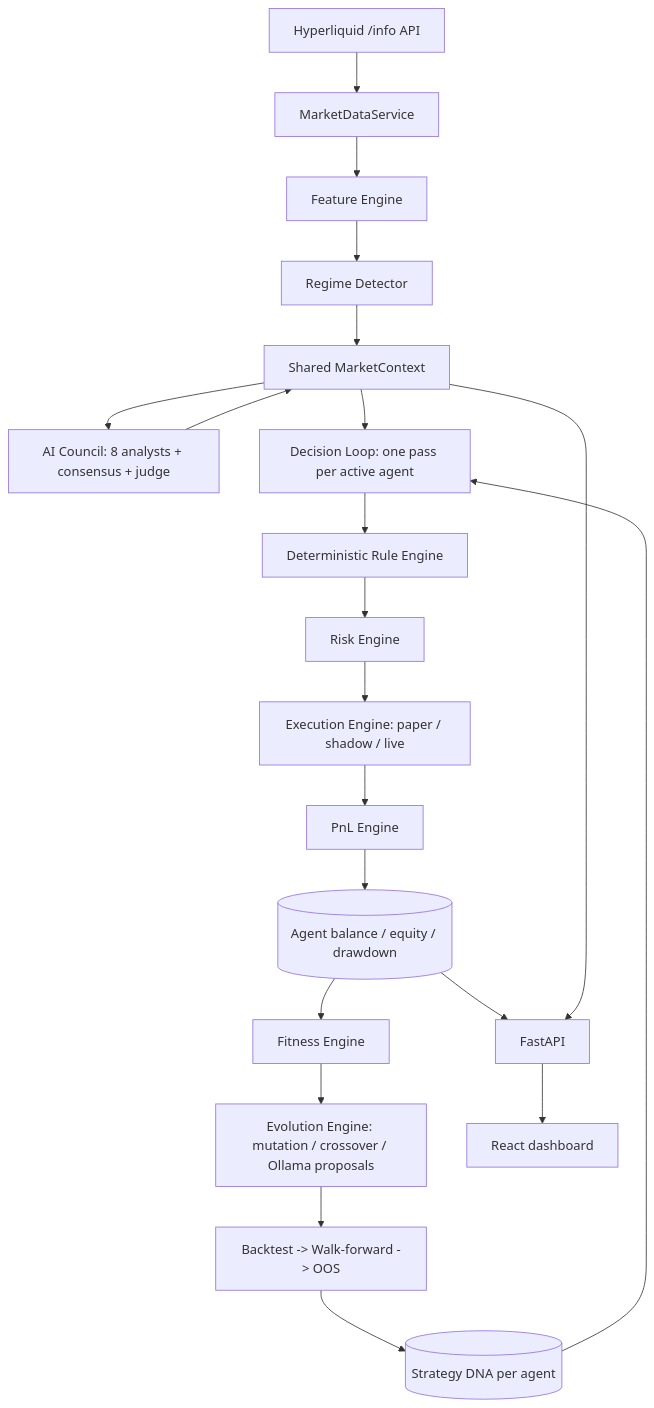
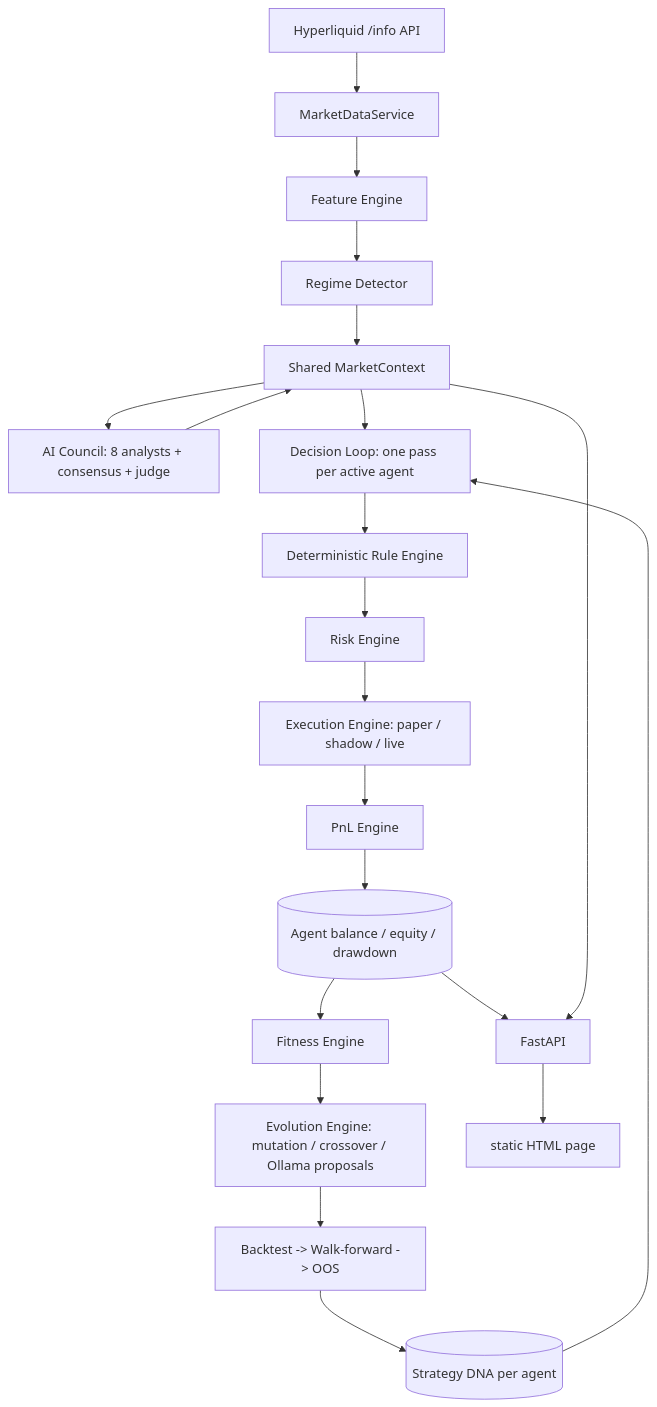
The first of 2 diagrams in README.md (atul2501/reserch_model), drawn with Mermaid before and after one commit. The commit also changed other lines of this file and 63 other files, not shown here.

````diff
--- a/README.md
+++ b/README.md
@@ -118,23 +121,23 @@
 ```mermaid
 flowchart TD
     HL[Hyperliquid /info API] --> MDS[MarketDataService]
     MDS --> FE[Feature Engine]
     FE --> RD[Regime Detector]
     RD --> MC[Shared MarketContext]
     MC --> COUNCIL[AI Council: 8 analysts + consensus + judge]
     COUNCIL --> MC
     MC --> DL[Decision Loop: one pass per active agent]
     DNA[(Strategy DNA per agent)] --> DL
     DL --> RULE[Deterministic Rule Engine]
     RULE --> RISK[Risk Engine]
     RISK --> EXEC[Execution Engine: paper / shadow / live]
     EXEC --> PNL[PnL Engine]
     PNL --> AGENT[(Agent balance / equity / drawdown)]
     AGENT --> FIT[Fitness Engine]
     FIT --> EVO[Evolution Engine: mutation / crossover / Ollama proposals]
     EVO --> BT[Backtest -> Walk-forward -> OOS]
     BT --> DNA
     AGENT --> API[FastAPI]
     MC --> API
-    API --> UI[React dashboard]
+    API --> UI[static HTML page]
 ```
````
